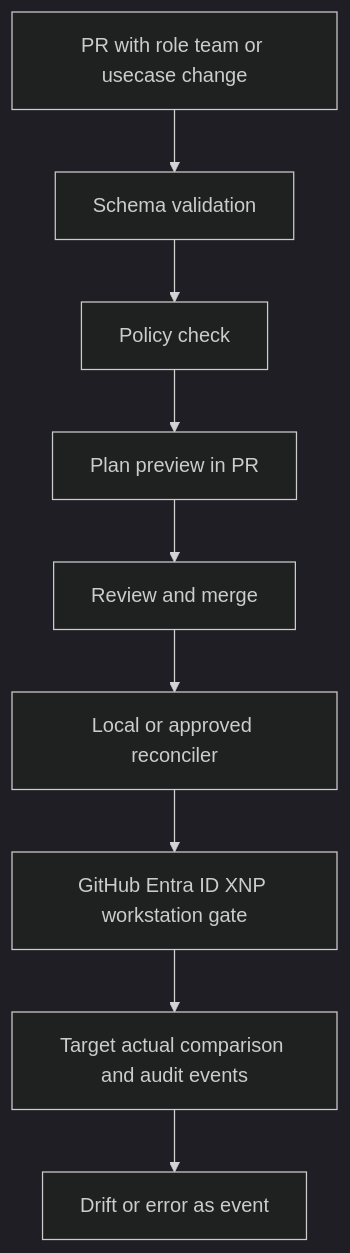
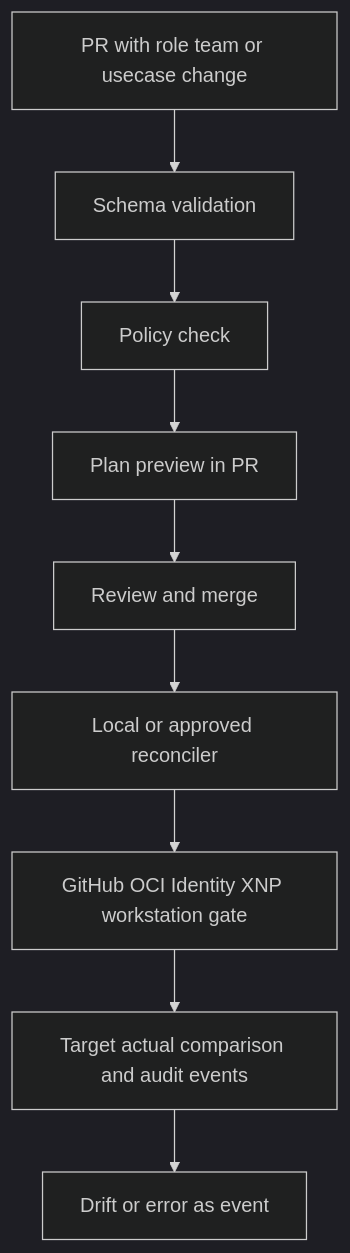
One commit to notariat8/NaC changed the diagram in docs/en/oac-enterprise-control-plane-mvp.md. Above: the diagram before and after it, drawn with Mermaid (dark theme). The commit also changed other lines of this file and 25 other files, not shown here.

Commit message:
feat: add oci tenant identity dry run

````diff
--- a/docs/en/oac-enterprise-control-plane-mvp.md
+++ b/docs/en/oac-enterprise-control-plane-mvp.md
@@ -42,11 +42,11 @@
 ```mermaid
 flowchart TD
     A[PR with role team or usecase change] --> B[Schema validation]
     B --> C[Policy check]
     C --> D[Plan preview in PR]
     D --> E[Review and merge]
     E --> F[Local or approved reconciler]
-    F --> G[GitHub Entra ID XNP workstation gate]
+    F --> G[GitHub OCI Identity XNP workstation gate]
     G --> H[Target actual comparison and audit events]
     H --> I[Drift or error as event]
 ```
````
